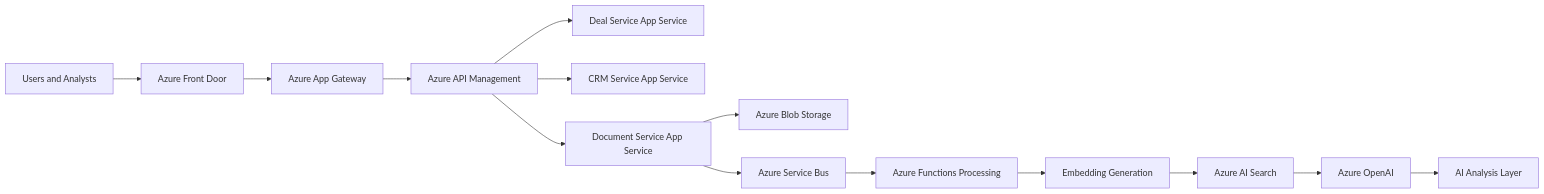
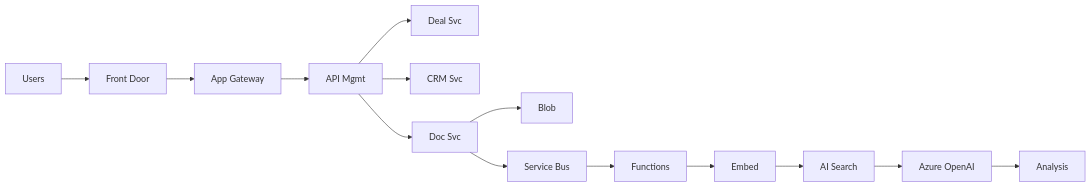
The second of 5 diagrams in README.md (Web8080/ai_due_deligence_for_real_estate_operating_system), drawn with Mermaid before and after one commit. The commit also changed other lines of this file and 1 other file, not shown here.

First line of the commit message:
docs: add dashboard screenshot and refresh README (business value, arch diagrams, flowcharts)

````diff
--- a/README.md
+++ b/README.md
@@ -65,16 +90,16 @@
 ```mermaid
 flowchart LR
-  U[Users and Analysts] --> FD[Azure Front Door]
-  FD --> AGW[Azure App Gateway]
-  AGW --> APIM[Azure API Management]
-  APIM --> DS[Deal Service App Service]
-  APIM --> CRM[CRM Service App Service]
-  APIM --> DOCS[Document Service App Service]
-  DOCS --> BLOB[Azure Blob Storage]
-  DOCS --> BUS[Azure Service Bus]
-  BUS --> FN[Azure Functions Processing]
-  FN --> EMB[Embedding Generation]
-  EMB --> AIS[Azure AI Search]
+  U[Users] --> FD[Front Door]
+  FD --> AGW[App Gateway]
+  AGW --> APIM[API Mgmt]
+  APIM --> DS[Deal Svc]
+  APIM --> CRM[CRM Svc]
+  APIM --> DOCS[Doc Svc]
+  DOCS --> BLOB[Blob]
+  DOCS --> BUS[Service Bus]
+  BUS --> FN[Functions]
+  FN --> EMB[Embed]
+  EMB --> AIS[AI Search]
   AIS --> AOAI[Azure OpenAI]
-  AOAI --> INS[AI Analysis Layer]
+  AOAI --> INS[Analysis]
 ```
````
